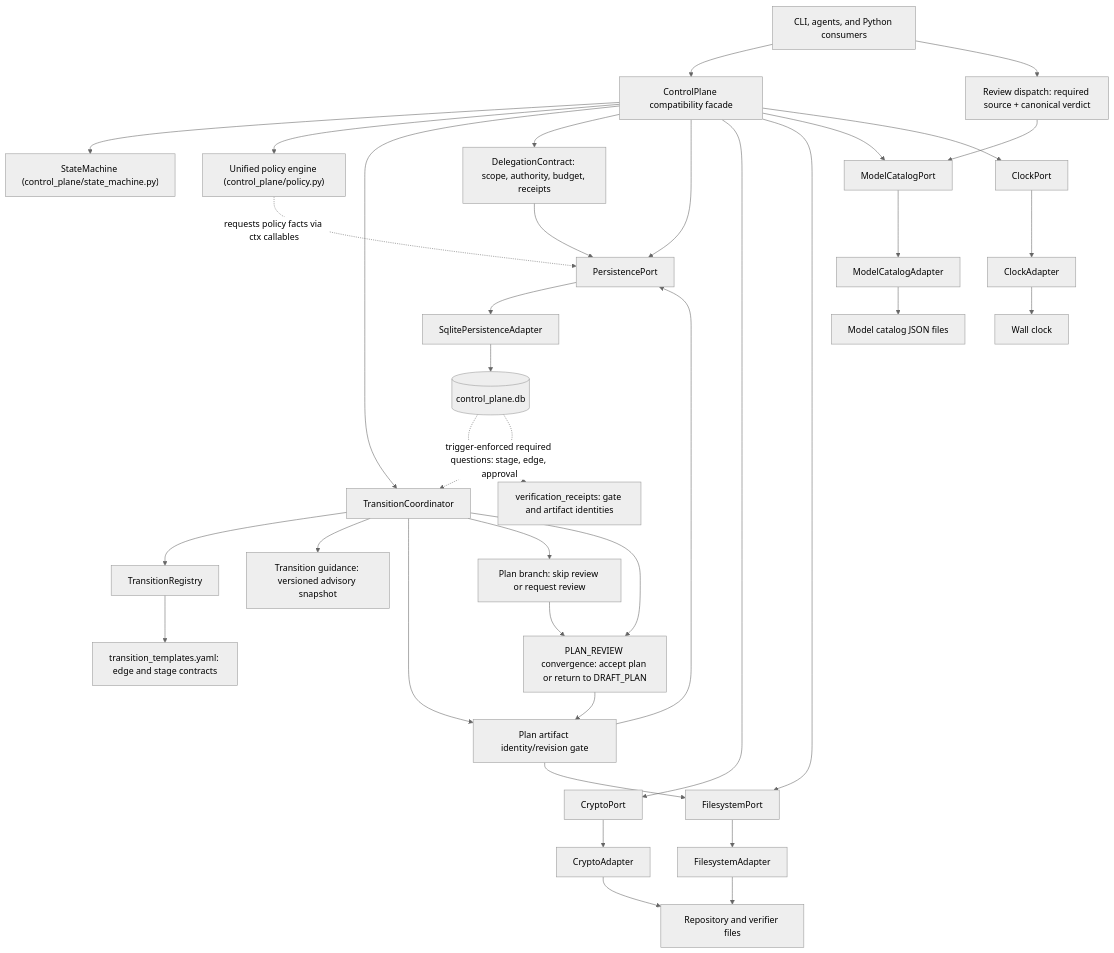
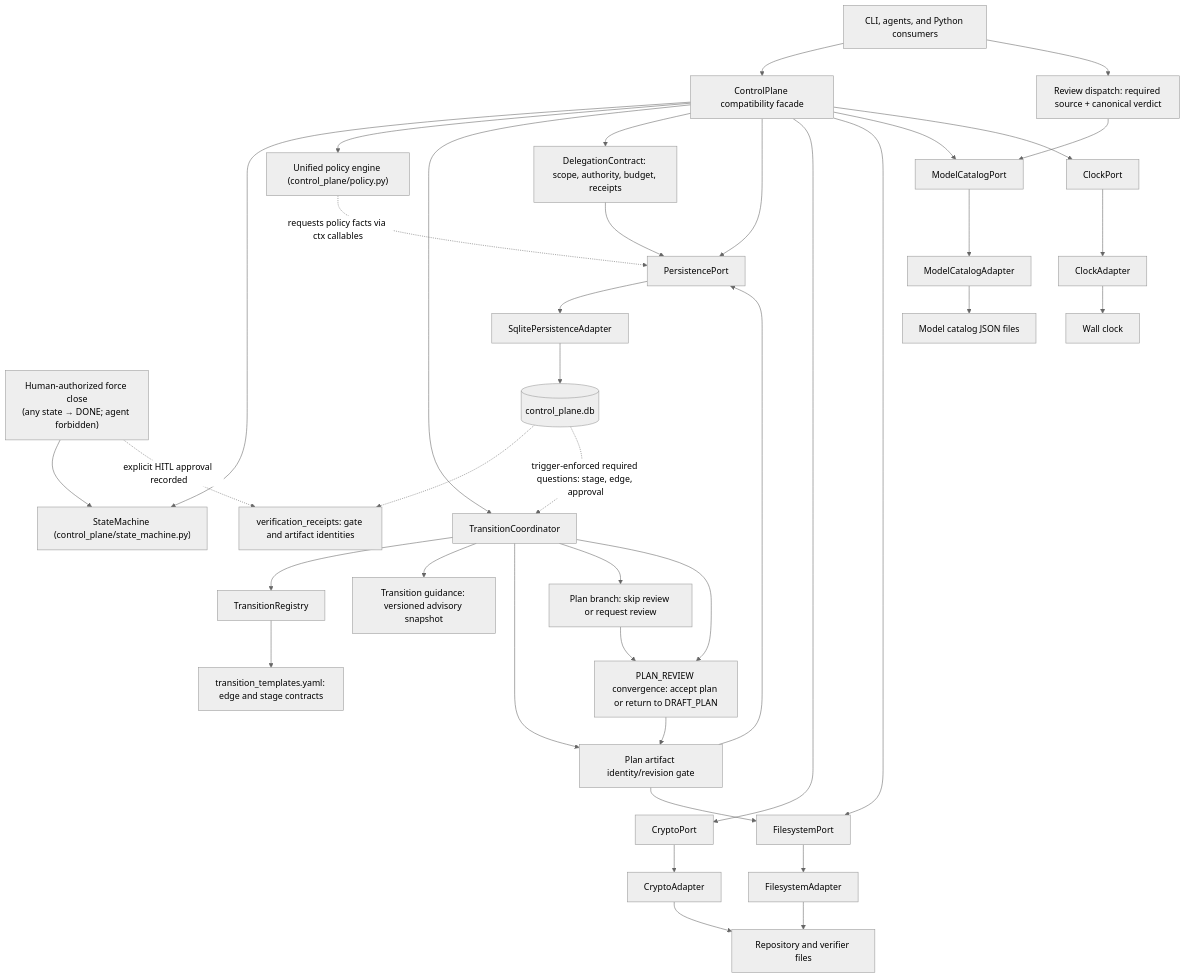
One commit to richfrem/agent-plugins-skills changed the diagram in docs/diagrams/control-plane-architecture.mermaid. Above: the diagram before and after it, drawn with Mermaid (neutral theme). The commit also changed 44 other files, not shown here.

```diff
--- a/docs/diagrams/control-plane-architecture.mermaid
+++ b/docs/diagrams/control-plane-architecture.mermaid
@@ -1,74 +1,77 @@
 flowchart TB
     Callers["CLI, agents, and Python consumers"]
     Facade["ControlPlane compatibility facade"]
     Coordinator["TransitionCoordinator"]
     Registry["TransitionRegistry"]
     Templates["transition_templates.yaml: edge and stage contracts"]
     Guidance["Transition guidance: versioned advisory snapshot"]
     ArtifactGate["Plan artifact identity/revision gate"]
     Delegation["DelegationContract: scope, authority, budget, receipts"]
     ReviewDispatch["Review dispatch: required source + canonical verdict"]
     PlanBranch["Plan branch: skip review or request review"]
     PlanAcceptance["PLAN_REVIEW convergence: accept plan or return to DRAFT_PLAN"]
 
     State["StateMachine (control_plane/state_machine.py)"]
     Policy["Unified policy engine (control_plane/policy.py)"]
+    HumanClose["Human-authorized force close\n(any state → DONE; agent forbidden)"]
 
     PersistencePort["PersistencePort"]
     CryptoPort["CryptoPort"]
     FilesystemPort["FilesystemPort"]
     ModelPort["ModelCatalogPort"]
     ClockPort["ClockPort"]
 
     SQLiteAdapter["SqlitePersistenceAdapter"]
     CryptoAdapter["CryptoAdapter"]
     FilesystemAdapter["FilesystemAdapter"]
     ModelAdapter["ModelCatalogAdapter"]
     ClockAdapter["ClockAdapter"]
 
     DB[(control_plane.db)]
     Receipts["verification_receipts: gate and artifact identities"]
     RepoFiles["Repository and verifier files"]
     CatalogFiles["Model catalog JSON files"]
     Clock["Wall clock"]
 
     Callers --> Facade
 
     Facade --> State
     Facade --> Policy
     Facade --> Coordinator
     Coordinator --> Registry
     Coordinator --> Guidance
     Coordinator --> ArtifactGate
     Coordinator --> PlanBranch
     Coordinator --> PlanAcceptance
     Facade --> Delegation
     Callers --> ReviewDispatch
     Facade --> PersistencePort
     Facade --> CryptoPort
     Facade --> FilesystemPort
     Facade --> ModelPort
     Facade --> ClockPort
 
     Policy -.->|"requests policy facts via ctx callables"| PersistencePort
     Registry --> Templates
 
     PersistencePort --> SQLiteAdapter
     CryptoPort --> CryptoAdapter
     FilesystemPort --> FilesystemAdapter
     ModelPort --> ModelAdapter
     ClockPort --> ClockAdapter
 
     SQLiteAdapter --> DB
     Delegation --> PersistencePort
     ReviewDispatch --> ModelPort
     PlanBranch --> PlanAcceptance
     PlanAcceptance --> ArtifactGate
     ArtifactGate --> FilesystemPort
     ArtifactGate --> PersistencePort
     DB -.-> Receipts
     DB -.->|"trigger-enforced required questions: stage, edge, approval"| Coordinator
+    HumanClose --> State
+    HumanClose -.->|"explicit HITL approval recorded"| Receipts
     CryptoAdapter --> RepoFiles
     FilesystemAdapter --> RepoFiles
     ModelAdapter --> CatalogFiles
     ClockAdapter --> Clock
```
